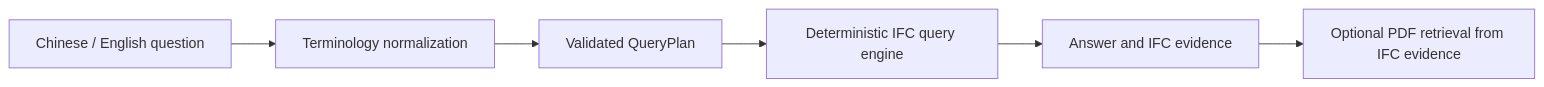
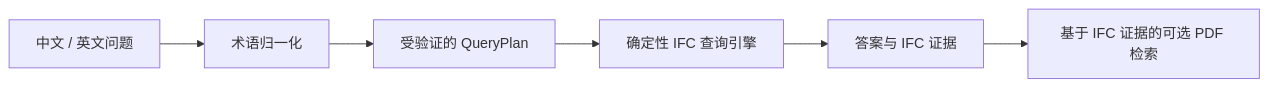
Before and after one commit to 7M7666/BIM: the diagram in README.md, drawn with Mermaid. The commit also changed other lines of this file and 6 other files, not shown here.

````diff
--- a/README.md
+++ b/README.md
@@ -19,8 +22,8 @@
 ```mermaid
 flowchart LR
-    Q[Chinese / English question] --> N[Terminology normalization]
-    N --> P[Validated QueryPlan]
-    P --> E[Deterministic IFC query engine]
-    E --> A[Answer and IFC evidence]
-    A --> R[Optional PDF retrieval from IFC evidence]
+    Q[中文 / 英文问题] --> N[术语归一化]
+    N --> P[受验证的 QueryPlan]
+    P --> E[确定性 IFC 查询引擎]
+    E --> A[答案与 IFC 证据]
+    A --> R[基于 IFC 证据的可选 PDF 检索]
 ```
````
